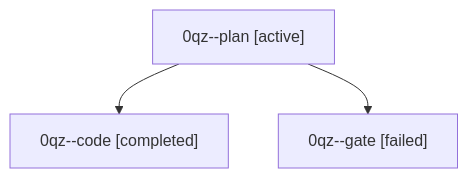
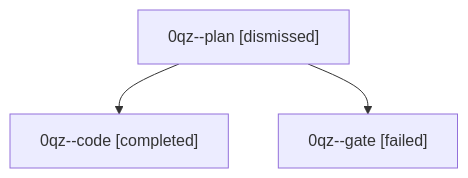
Before and after one commit to sase-org/sase--agents: the diagram in sessions/bbugyi200.athena.0qz.md, drawn with Mermaid. The commit also changed other lines of this file and 24 other files, not shown here.

````diff
--- a/sessions/bbugyi200.athena.0qz.md
+++ b/sessions/bbugyi200.athena.0qz.md
@@ -9,8 +9,8 @@
 ```mermaid
 flowchart TD
-  n0["0qz--plan [active]"]
+  n0["0qz--plan [dismissed]"]
   n1["0qz--code [completed]"]
   n0 --> n1
   n2["0qz--gate [failed]"]
   n0 --> n2
 ```
````
